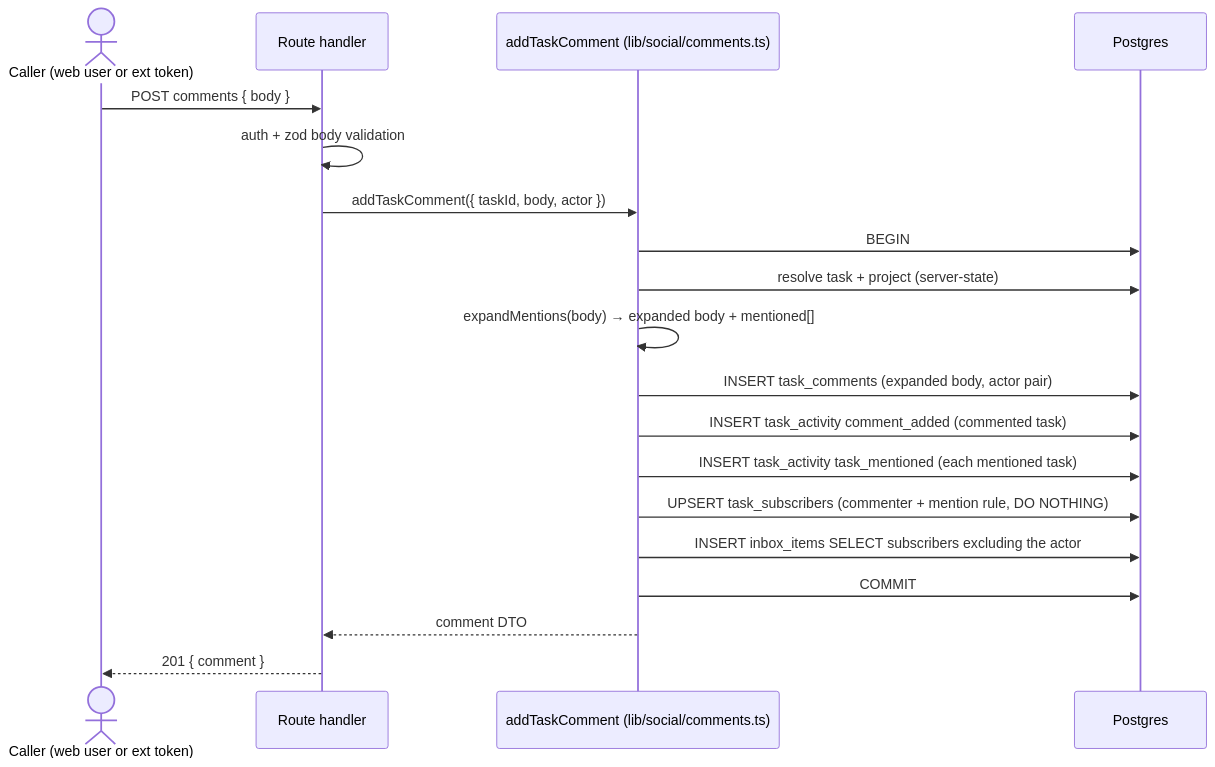
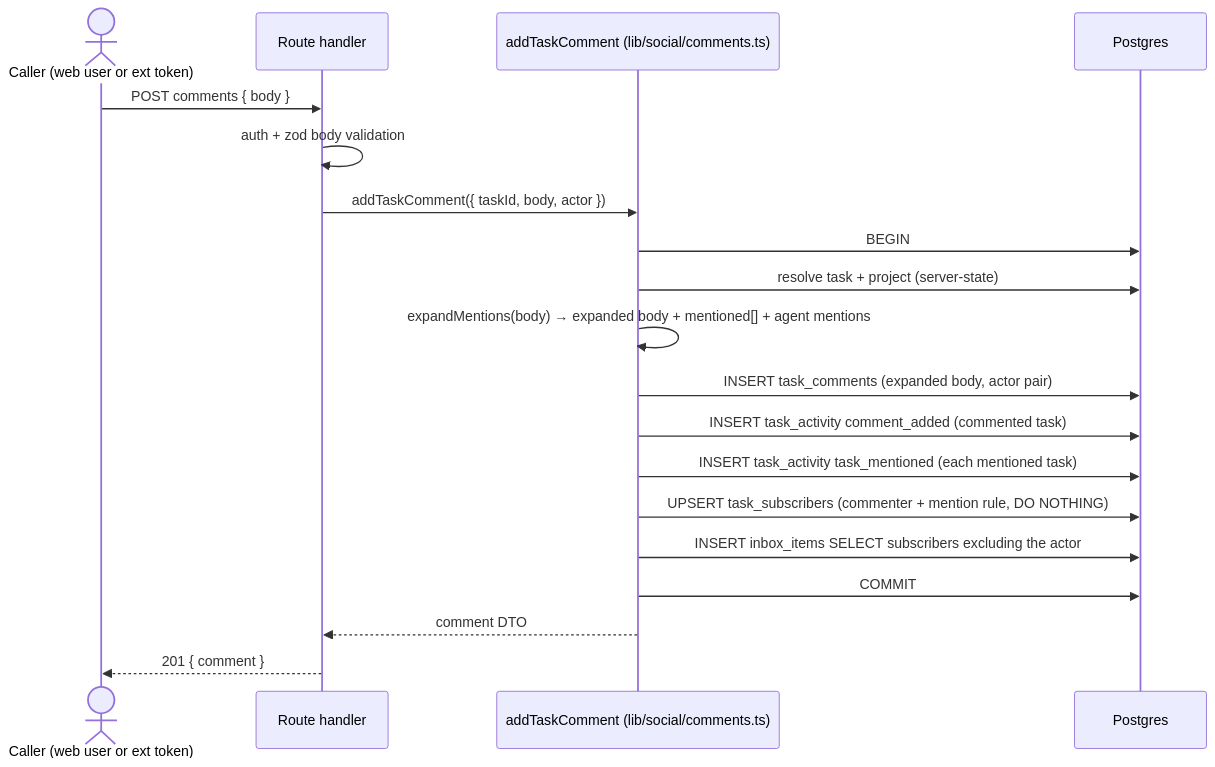
One commit to maister-dev/maister changed the third of 5 diagrams in docs/system-analytics/social-board.md. Above: the diagram before and after it, drawn with Mermaid. The commit also changed other lines of this file and 13 other files, not shown here.

````diff
--- a/docs/system-analytics/social-board.md
+++ b/docs/system-analytics/social-board.md
@@ -88,22 +90,22 @@
 ```mermaid
 sequenceDiagram
     actor U as Caller (web user or ext token)
     participant R as Route handler
     participant C as addTaskComment (lib/social/comments.ts)
     participant DB as Postgres
 
     U->>R: POST comments { body }
     R->>R: auth + zod body validation
     R->>C: addTaskComment({ taskId, body, actor })
     C->>DB: BEGIN
     C->>DB: resolve task + project (server-state)
-    C->>C: expandMentions(body) → expanded body + mentioned[]
+    C->>C: expandMentions(body) → expanded body + mentioned[] + agent mentions
     C->>DB: INSERT task_comments (expanded body, actor pair)
     C->>DB: INSERT task_activity comment_added (commented task)
     C->>DB: INSERT task_activity task_mentioned (each mentioned task)
     C->>DB: UPSERT task_subscribers (commenter + mention rule, DO NOTHING)
     C->>DB: INSERT inbox_items SELECT subscribers excluding the actor
     C->>DB: COMMIT
     C-->>R: comment DTO
     R-->>U: 201 { comment }
 ```
````
